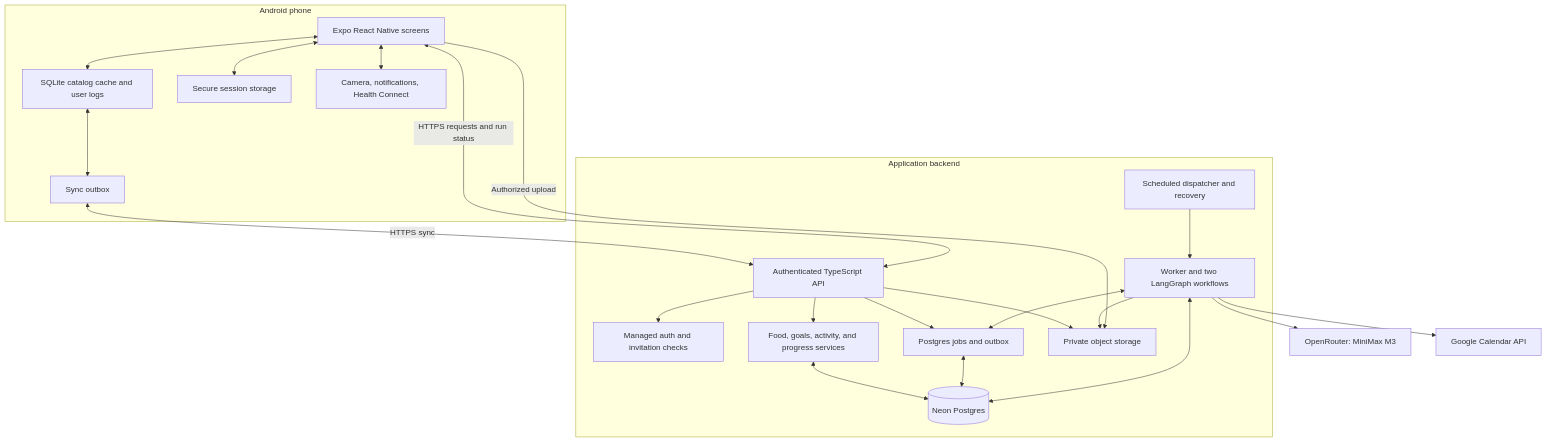
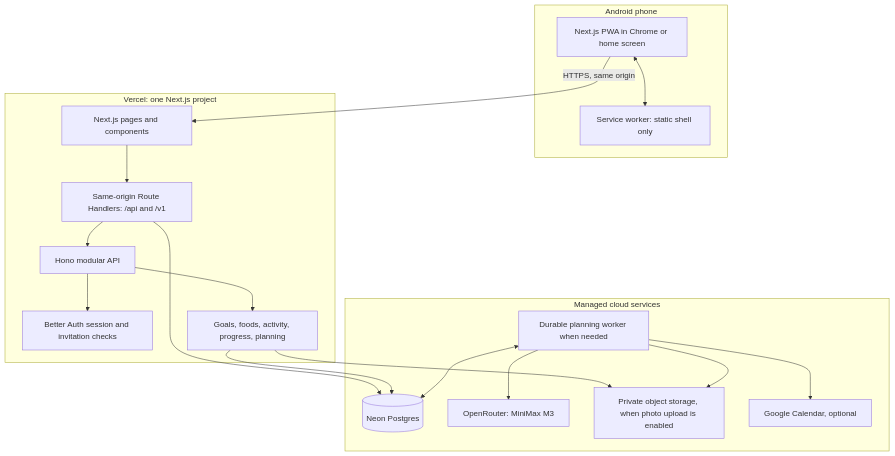
One commit to siddharthg2309/healthcare changed the first of 5 diagrams in docs/IMPLEMENTATION_PLAN.md. Above: the diagram before and after it, drawn with Mermaid. The commit also changed other lines of this file and 42 other files, not shown here.

Commit message:
feat(web): pivot health app to installable PWA

````diff
--- a/docs/IMPLEMENTATION_PLAN.md
+++ b/docs/IMPLEMENTATION_PLAN.md
@@ -380,41 +374,37 @@
 ```mermaid
 flowchart TB
-  subgraph Phone[Android phone]
-    UI[Expo React Native screens]
-    Local[SQLite catalog cache and user logs]
-    Outbox[Sync outbox]
-    Secure[Secure session storage]
-    Native[Camera, notifications, Health Connect]
-    UI <--> Local
-    Local <--> Outbox
-    UI <--> Secure
-    UI <--> Native
+  subgraph Android[Android phone]
+    PWA[Next.js PWA in Chrome or home screen]
+    SW[Service worker: static shell only]
+    PWA <--> SW
   end
 
-  subgraph Backend[Application backend]
-    Auth[Managed auth and invitation checks]
-    API[Authenticated TypeScript API]
-    Domain[Food, goals, activity, and progress services]
-    Jobs[Postgres jobs and outbox]
-    Worker[Worker and two LangGraph workflows]
-    DB[(Neon Postgres)]
-    Files[Private object storage]
-    Schedule[Scheduled dispatcher and recovery]
-    API --> Auth
-    API --> Domain
-    Domain <--> DB
-    API --> Jobs
-    Jobs <--> DB
-    Schedule --> Worker
-    Worker <--> Jobs
-    Worker <--> DB
-    API --> Files
-    Worker --> Files
+  subgraph Vercel[Vercel: one Next.js project]
+    UI[Next.js pages and components]
+    Routes[Same-origin Route Handlers: /api and /v1]
+    Hono[Hono modular API]
+    Auth[Better Auth session and invitation checks]
+    Domain[Goals, foods, activity, progress, planning]
+    UI --> Routes
+    Routes --> Hono
+    Hono --> Auth
+    Hono --> Domain
   end
 
-  Outbox <-->|HTTPS sync| API
-  UI <-->|HTTPS requests and run status| API
-  UI -->|Authorized upload| Files
-  Worker --> Model[OpenRouter: MiniMax M3]
-  Worker --> Calendar[Google Calendar API]
+  subgraph Cloud[Managed cloud services]
+    DB[(Neon Postgres)]
+    Worker[Durable planning worker when needed]
+    Model[OpenRouter: MiniMax M3]
+    Storage[Private object storage, when photo upload is enabled]
+    Calendar[Google Calendar, optional]
+  end
+
+  PWA -->|HTTPS, same origin| UI
+  Routes --> DB
+  Domain --> DB
+  Worker <--> DB
+  Worker --> Model
+  Domain --> Storage
+  Worker --> Storage
+  Worker --> Calendar
 ```
````
